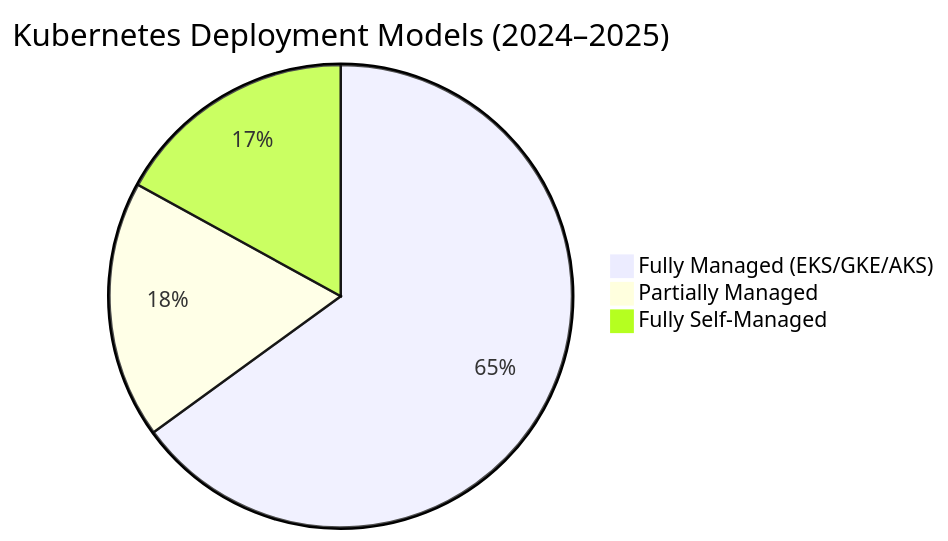
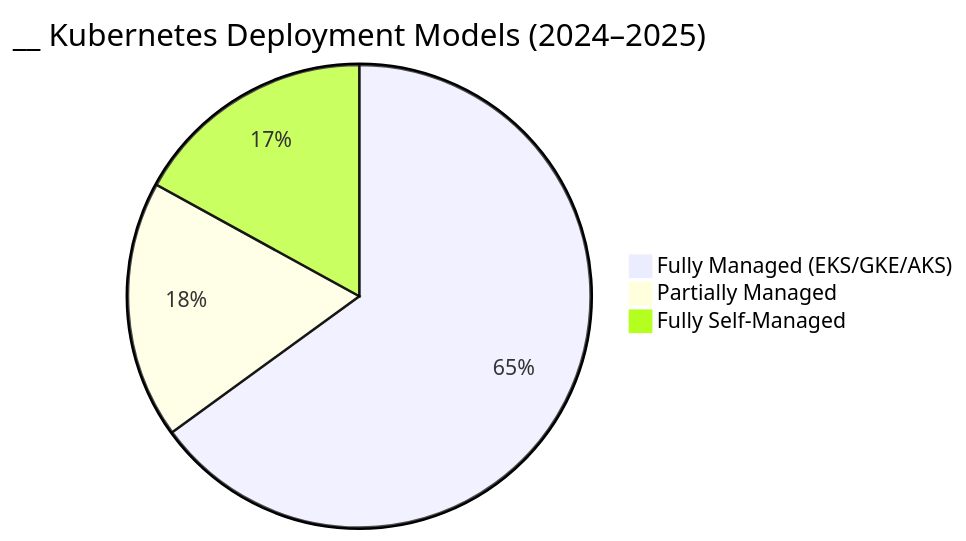
One commit to vtsarfin/platfrom-eng-pres changed the first of 3 diagrams in pe_slides_1.md. Above: the diagram before and after it, drawn with Mermaid.

````diff
--- a/pe_slides_1.md
+++ b/pe_slides_1.md
@@ -31,7 +31,7 @@
 ```mermaid
 pie
-      title  Kubernetes Deployment Models (2024–2025)
+    title  __ Kubernetes Deployment Models (2024–2025)
     "Fully Managed (EKS/GKE/AKS)" : 65
     "Partially Managed" : 18
     "Fully Self-Managed" : 17
 ```
````
